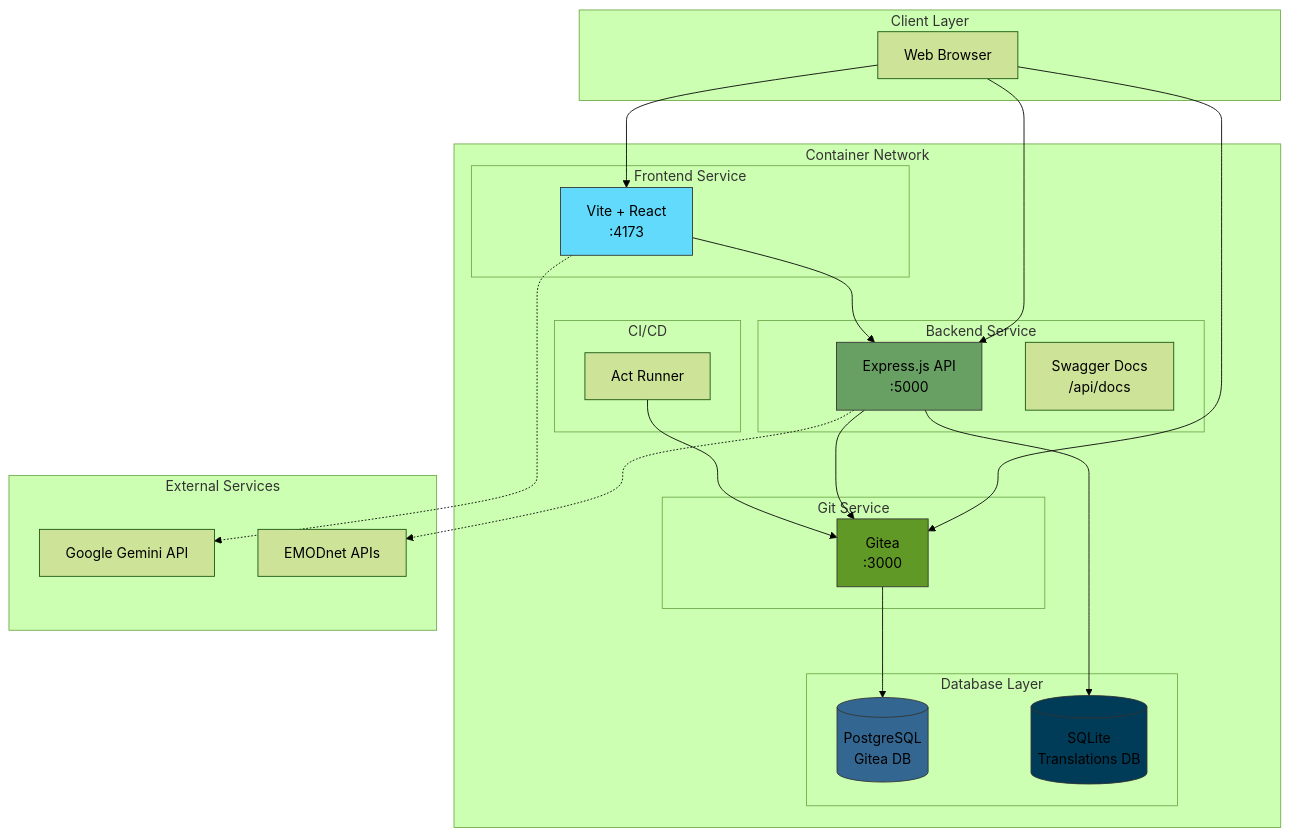
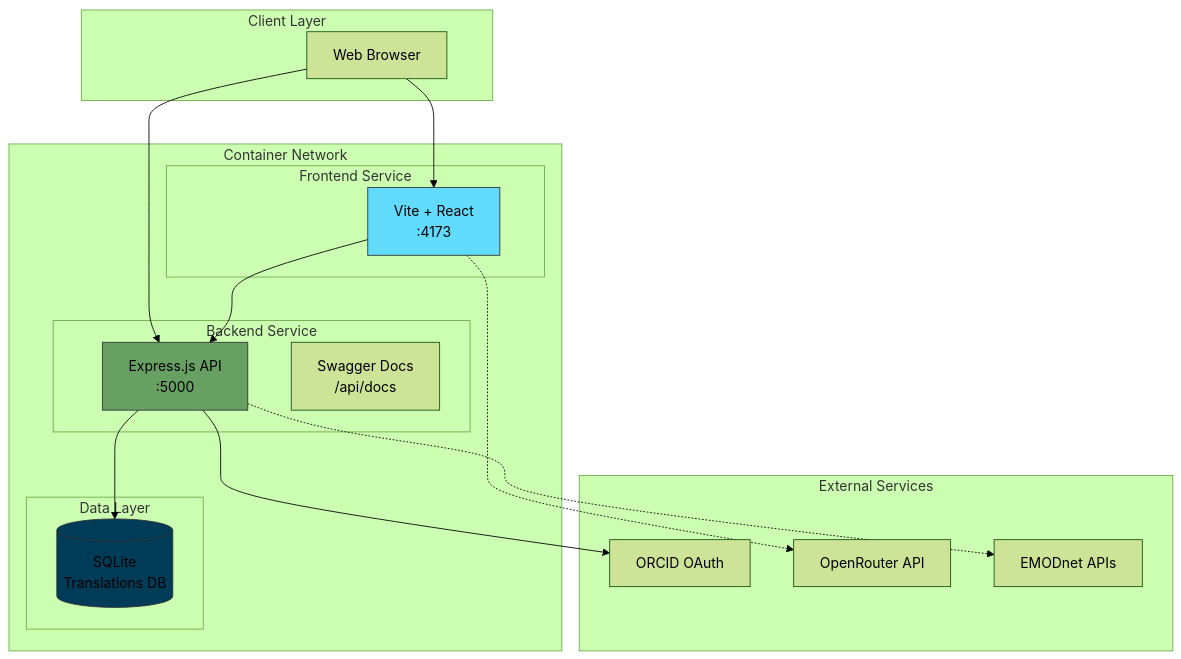
The first of 6 diagrams in ARCHITECTURE.md (marine-term-translations/mtt-self-host-platform), drawn with Mermaid (forest theme) before and after one commit. The commit also changed other lines of this file and 2 other files, not shown here.

Commit message:
Update README, ARCHITECTURE, and SETUP docs to reflect simplified 2-service architecture

````diff
--- a/ARCHITECTURE.md
+++ b/ARCHITECTURE.md
@@ -19,52 +19,39 @@
 ```mermaid
 graph TB
     subgraph "Client Layer"
         Browser[Web Browser]
     end
 
     subgraph "Container Network"
         subgraph "Frontend Service"
             FE[Vite + React<br/>:4173]
         end
 
         subgraph "Backend Service"
             BE[Express.js API<br/>:5000]
             Swagger[Swagger Docs<br/>/api/docs]
         end
 
-        subgraph "Git Service"
-            Gitea[Gitea<br/>:3000]
-        end
-
-        subgraph "Database Layer"
-            PG[(PostgreSQL<br/>Gitea DB)]
+        subgraph "Data Layer"
             SQLite[(SQLite<br/>Translations DB)]
-        end
-
-        subgraph "CI/CD"
-            Runner[Act Runner]
         end
     end
 
     subgraph "External Services"
-        Gemini[Google Gemini API]
+        ORCID[ORCID OAuth]
+        OpenRouter[OpenRouter API]
         EMODnet[EMODnet APIs]
     end
 
     Browser --> FE
     Browser --> BE
-    Browser --> Gitea
     FE --> BE
-    BE --> Gitea
     BE --> SQLite
-    Gitea --> PG
-    Runner --> Gitea
-    FE -.-> Gemini
+    BE --> ORCID
+    FE -.-> OpenRouter
     BE -.-> EMODnet
 
     style FE fill:#61dafb,stroke:#333
     style BE fill:#68a063,stroke:#333
-    style Gitea fill:#609926,stroke:#333
-    style PG fill:#336791,stroke:#333
     style SQLite fill:#003b57,stroke:#333
 ```
````
